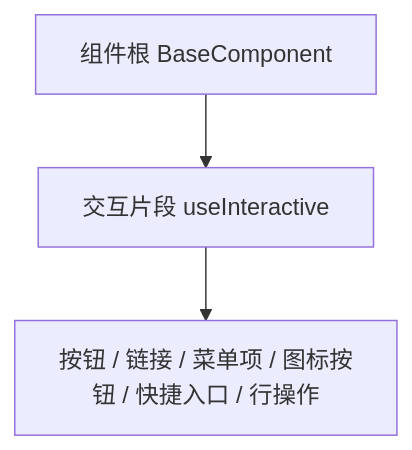
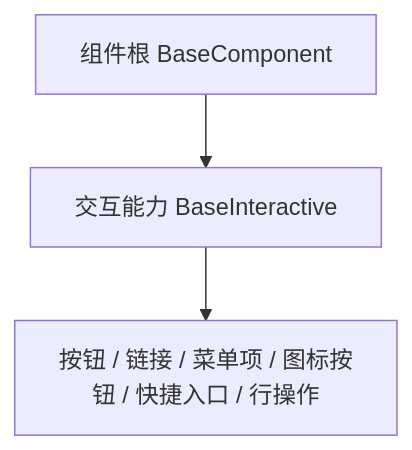
The diagram in bms文档/设计/组件设计/02_基础组件类/02_能力片段/01_组件设计_交互片段/01_组件设计_交互片段.md (minjian123/basic-management-system), drawn with Mermaid before and after one commit. The commit also changed other lines of this file and 49 other files, not shown here.

````diff
--- a/bms文档/设计/组件设计/02_基础组件类/02_能力片段/01_组件设计_交互片段/01_组件设计_交互片段.md
+++ b/bms文档/设计/组件设计/02_基础组件类/02_能力片段/01_组件设计_交互片段/01_组件设计_交互片段.md
@@ -15,5 +15,5 @@
 ```mermaid
 flowchart TD
-    COMP["组件根 BaseComponent"] --> I["交互片段 useInteractive"]
+    COMP["组件根 BaseComponent"] --> I["交互能力 BaseInteractive"]
     I --> A["按钮 / 链接 / 菜单项 / 图标按钮 / 快捷入口 / 行操作"]
 ```
````
